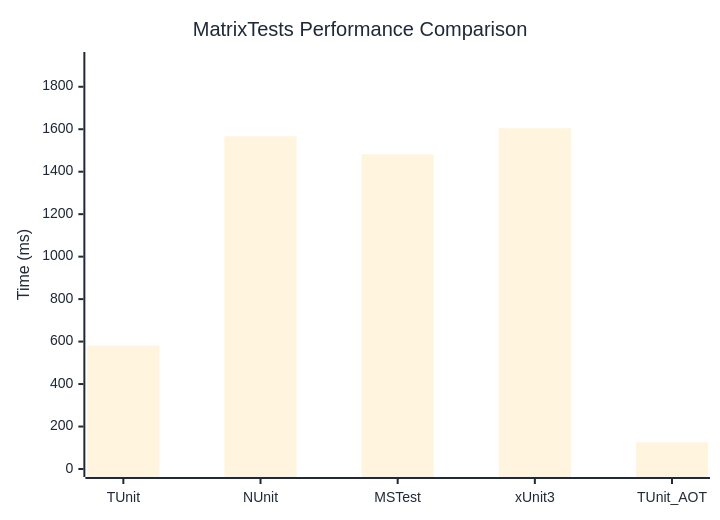
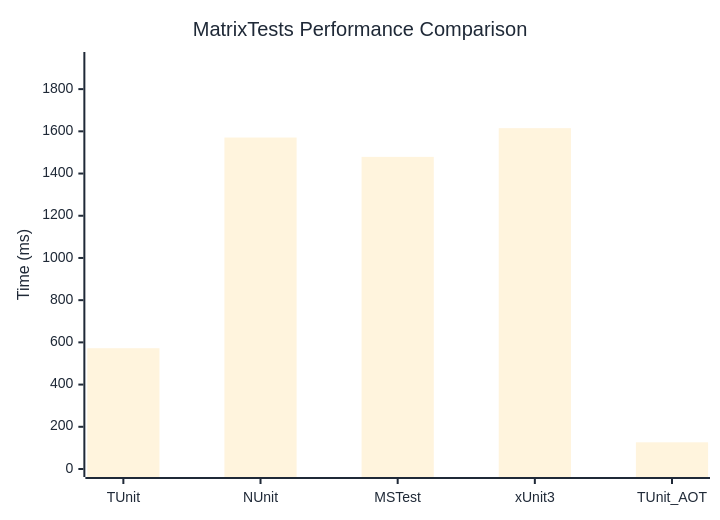
Before and after one commit to thomhurst/TUnit: the diagram in docs/docs/benchmarks/MatrixTests.md, drawn with Mermaid. The commit also changed other lines of this file and 17 other files, not shown here.

````diff
--- a/docs/docs/benchmarks/MatrixTests.md
+++ b/docs/docs/benchmarks/MatrixTests.md
@@ -27,37 +27,37 @@
 ```mermaid
 %%{init: {
   'theme':'base',
   'themeVariables': {
     'primaryColor': '#2563eb',
     'primaryTextColor': '#1f2937',
     'primaryBorderColor': '#1e40af',
     'lineColor': '#6b7280',
     'secondaryColor': '#7c3aed',
     'tertiaryColor': '#dc2626',
     'background': '#ffffff',
     'mainBkg': '#2563eb',
     'secondBkg': '#7c3aed',
     'tertiaryBkg': '#dc2626',
     'clusterBkg': '#f3f4f6',
     'edgeLabelBackground': '#ffffff',
     'tertiaryTextColor': '#1f2937',
     'pie1': '#2563eb',
     'pie2': '#7c3aed',
     'pie3': '#dc2626',
     'pie4': '#f59e0b',
     'pie5': '#10b981',
     'pie6': '#06b6d4',
     'pie7': '#ec4899',
     'pie8': '#6366f1',
     'pie9': '#84cc16',
     'pie10': '#f97316',
     'pie11': '#14b8a6',
     'pie12': '#a855f7'
   }
 }}%%
 xychart-beta
   title "MatrixTests Performance Comparison"
   x-axis ["TUnit", "NUnit", "MSTest", "xUnit3", "TUnit_AOT"]
-  y-axis "Time (ms)" 0 --> 1926
-  bar [580.8, 1567, 1482, 1604.5, 126]
+  y-axis "Time (ms)" 0 --> 1938
+  bar [572.3, 1570.6, 1479, 1615, 126.5]
 ```
````
